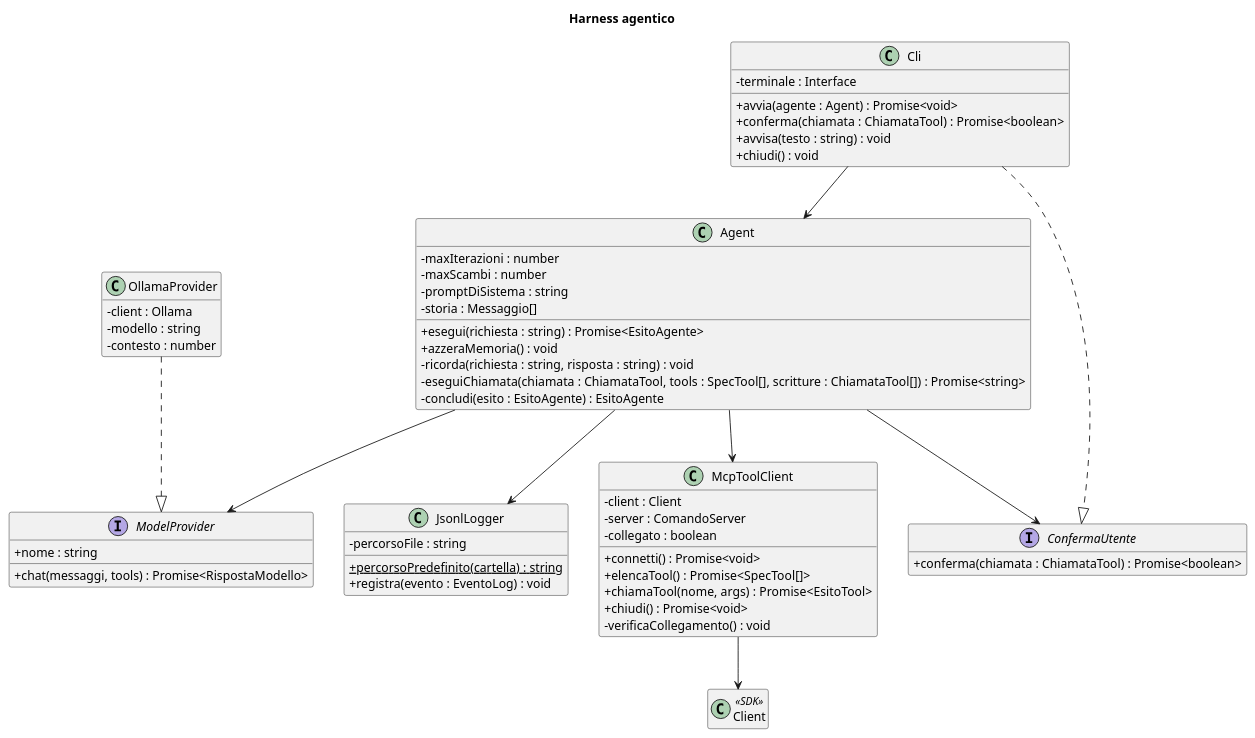
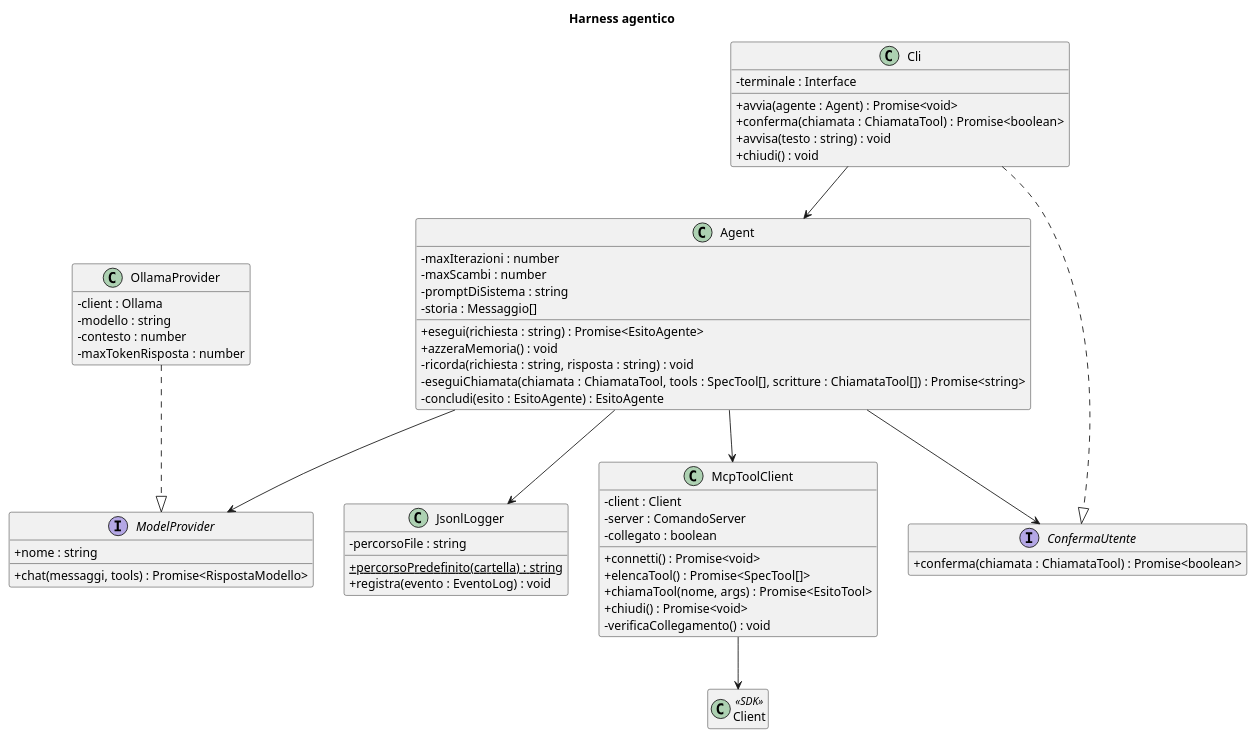
Before and after one commit to LeoDS99/pw26-agente-recall: the diagram in docs/diagrammi/classi-harness.puml, drawn with PlantUML. The commit also changed 6 other files, not shown here.

Commit message:
Rifinitura: metadati, commenti e diagrammi allineati al codice; schema dell'architettura

```diff
--- a/docs/diagrammi/classi-harness.puml
+++ b/docs/diagrammi/classi-harness.puml
@@ -1,68 +1,69 @@
 @startuml classi-harness
 skinparam classAttributeIconSize 0
 hide empty members
 title Harness agentico
 
 class Client <<SDK>>
 
 class Cli {
   - terminale : Interface
   + avvia(agente : Agent) : Promise<void>
   + conferma(chiamata : ChiamataTool) : Promise<boolean>
   + avvisa(testo : string) : void
   + chiudi() : void
 }
 
 class Agent {
   - maxIterazioni : number
   - maxScambi : number
   - promptDiSistema : string
   - storia : Messaggio[]
   + esegui(richiesta : string) : Promise<EsitoAgente>
   + azzeraMemoria() : void
   - ricorda(richiesta : string, risposta : string) : void
   - eseguiChiamata(chiamata : ChiamataTool, tools : SpecTool[], scritture : ChiamataTool[]) : Promise<string>
   - concludi(esito : EsitoAgente) : EsitoAgente
 }
 
 interface ModelProvider {
   + nome : string
   + chat(messaggi, tools) : Promise<RispostaModello>
 }
 
 class OllamaProvider {
   - client : Ollama
   - modello : string
   - contesto : number
+  - maxTokenRisposta : number
 }
 
 interface ConfermaUtente {
   + conferma(chiamata : ChiamataTool) : Promise<boolean>
 }
 
 class McpToolClient {
   - client : Client
   - server : ComandoServer
   - collegato : boolean
   + connetti() : Promise<void>
   + elencaTool() : Promise<SpecTool[]>
   + chiamaTool(nome, args) : Promise<EsitoTool>
   + chiudi() : Promise<void>
   - verificaCollegamento() : void
 }
 
 class JsonlLogger {
   - percorsoFile : string
   + {static} percorsoPredefinito(cartella) : string
   + registra(evento : EventoLog) : void
 }
 
 Cli --> Agent
 Cli ..|> ConfermaUtente
 Agent --> ModelProvider
 Agent --> McpToolClient
 Agent --> ConfermaUtente
 Agent --> JsonlLogger
 OllamaProvider ..|> ModelProvider
 McpToolClient --> Client
 @enduml
```
